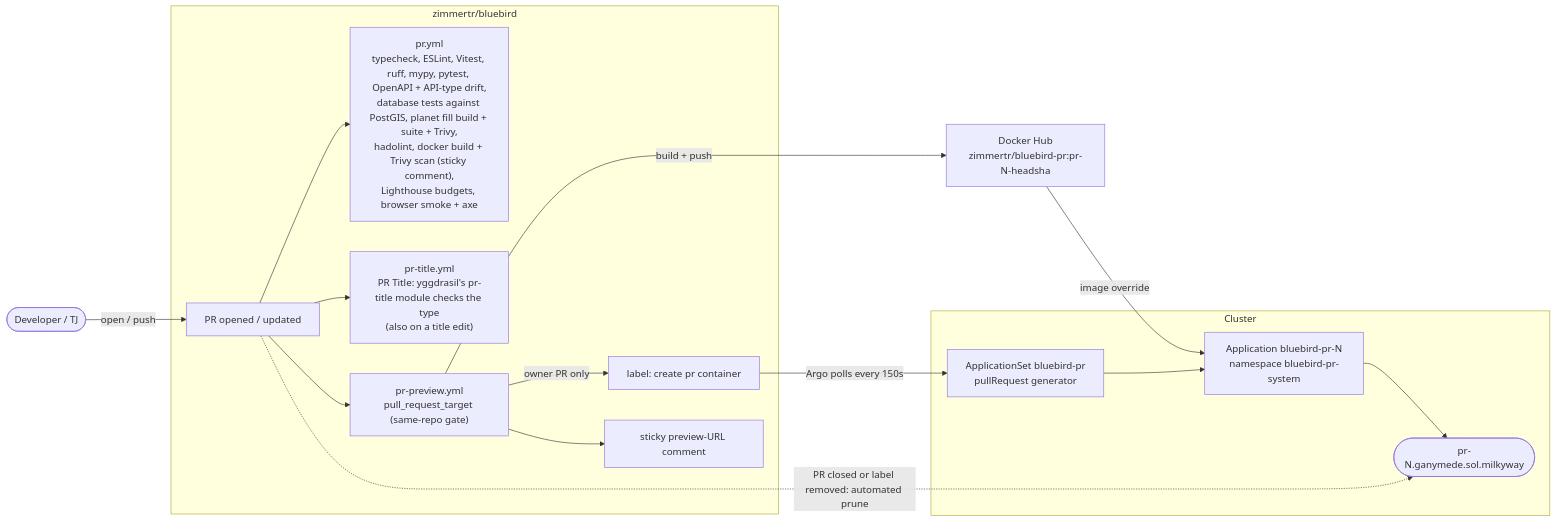
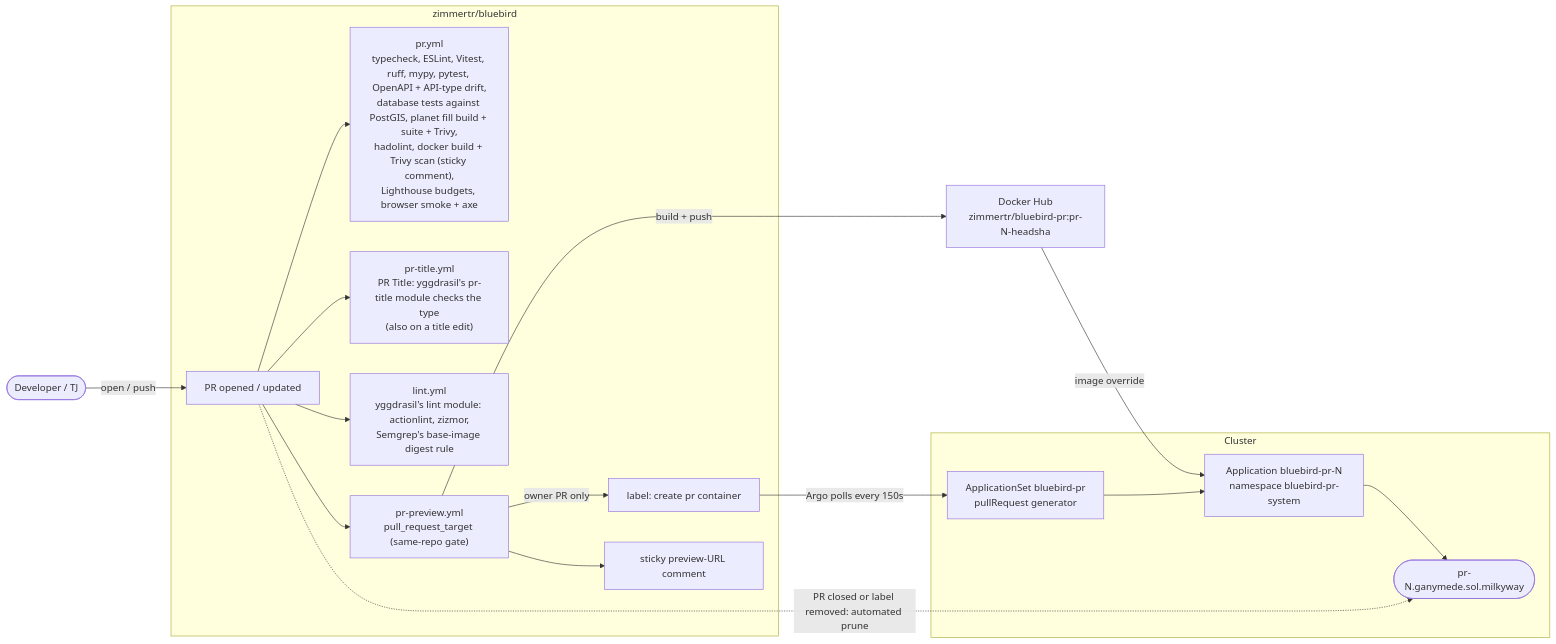
One commit to zimmertr/bluebird changed the fourth of 6 diagrams in docs/CICD.md. Above: the diagram before and after it, drawn with Mermaid. The commit also changed other lines of this file and 1 other file, not shown here.

Commit message:
ci: call the lint module

````diff
--- a/docs/CICD.md
+++ b/docs/CICD.md
@@ -1161,34 +1161,36 @@
 ```mermaid
 flowchart LR
     dev(["Developer / TJ"])
 
     subgraph BB["zimmertr/bluebird"]
         pr["PR opened / updated"]
         checks["pr.yml<br/>typecheck, ESLint, Vitest, ruff, mypy, pytest, OpenAPI + API-type drift,<br/>database tests against PostGIS, planet fill build + suite + Trivy,<br/>hadolint, docker build + Trivy scan (sticky comment),<br/>Lighthouse budgets, browser smoke + axe"]
         title["pr-title.yml<br/>PR Title: yggdrasil's pr-title module checks the type<br/>(also on a title edit)"]
+        lint["lint.yml<br/>yggdrasil's lint module: actionlint, zizmor,<br/>Semgrep's base-image digest rule"]
         preview["pr-preview.yml<br/>pull_request_target (same-repo gate)"]
         label["label: create pr container"]
         comment["sticky preview-URL comment"]
     end
 
     dhpr["Docker Hub<br/>zimmertr/bluebird-pr:pr-N-headsha"]
 
     subgraph CL["Cluster"]
         appset["ApplicationSet bluebird-pr<br/>pullRequest generator"]
         app["Application bluebird-pr-N<br/>namespace bluebird-pr-system"]
         env(["pr-N.ganymede.sol.milkyway"])
     end
 
     dev -->|open / push| pr
     pr --> checks
     pr --> title
+    pr --> lint
     pr --> preview
     preview -->|build + push| dhpr
     preview -->|owner PR only| label
     preview --> comment
     label -->|Argo polls every 150s| appset
     appset --> app
     dhpr -->|image override| app
     app --> env
     pr -.->|PR closed or label removed: automated prune| env
 ```
````
